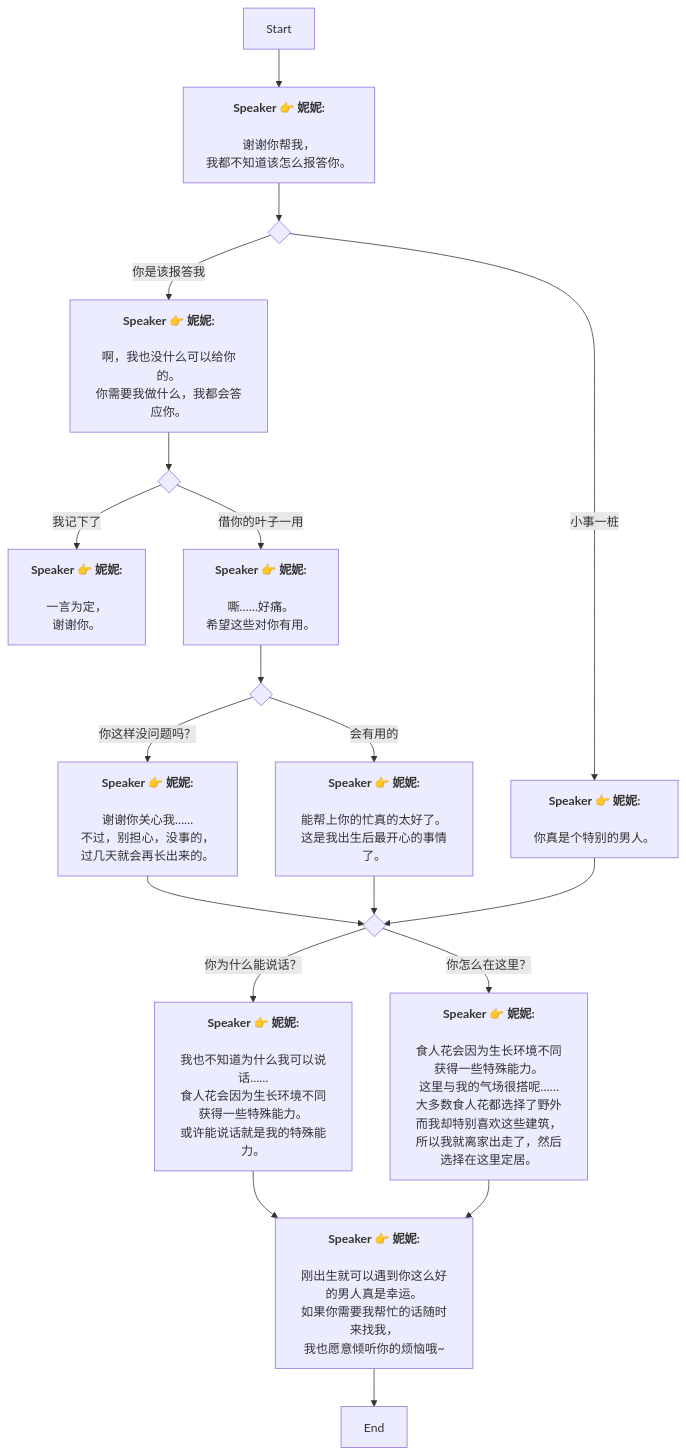
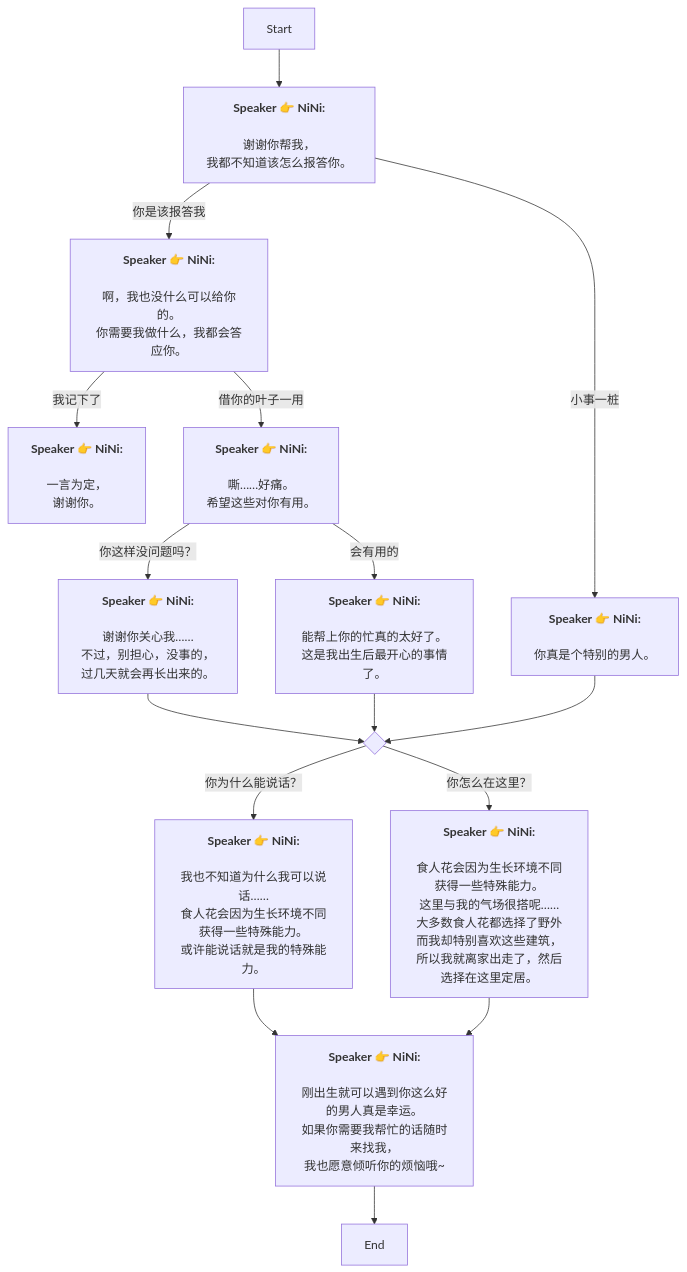
Before and after one commit to SoftHu/tos_avg: the diagram in Zh/AddDialogNode_1734737532776592.md, drawn with Mermaid. The commit also changed 737 other files, not shown here.

````diff
--- a/Zh/AddDialogNode_1734737532776592.md
+++ b/Zh/AddDialogNode_1734737532776592.md
@@ -1,61 +1,46 @@
 ```mermaid
 graph
-Start -->1734737947222163[<b>Speaker 👉 妮妮:</b>
-
-谢谢你帮我，
+Start -->1734737947222163[<b>Speaker 👉 NiNi:</b>
+\n谢谢你帮我，
 我都不知道该怎么报答你。]
-1734737947222163 -->1734738187479188{ }
-1734738187479188 -->|你是该报答我|1734738232433819[<b>Speaker 👉 妮妮:</b>
-
-啊，我也没什么可以给你的。
+1734737947222163 -->|你是该报答我|1734738232433819[<b>Speaker 👉 NiNi:</b>
+\n啊，我也没什么可以给你的。
 你需要我做什么，我都会答应你。]
-1734738187479188 -->|小事一桩|1734738230151322[<b>Speaker 👉 妮妮:</b>
-
-你真是个特别的男人。]
-1734738232433819 -->1734738454907036{ }
-1734738454907036 -->|我记下了|1734738819357858[<b>Speaker 👉 妮妮:</b>
-
-一言为定，
+1734737947222163 -->|小事一桩|1734738230151322[<b>Speaker 👉 NiNi:</b>
+\n你真是个特别的男人。]
+1734738232433819 -->|我记下了|1734738819357858[<b>Speaker 👉 NiNi:</b>
+\n一言为定，
 谢谢你。]
-1734738454907036 -->|借你的叶子一用|1734738888408228[<b>Speaker 👉 妮妮:</b>
-
-嘶……好痛。
+1734738232433819 -->|借你的叶子一用|1734738888408228[<b>Speaker 👉 NiNi:</b>
+\n嘶……好痛。
 希望这些对你有用。]
-1734738888408228 -->1734739016778917{ }
-1734739016778917 -->|你这样没问题吗？|1734739048734890[<b>Speaker 👉 妮妮:</b>
-
-谢谢你关心我……
+433684762183722 -->|你为什么能说话？|1734739259156659[<b>Speaker 👉 NiNi:</b>
+\n我也不知道为什么我可以说话……
+食人花会因为生长环境不同获得一些特殊能力。
+或许能说话就是我的特殊能力。]
+433684762183722 -->|你怎么在这里？|1734739265763508[<b>Speaker 👉 NiNi:</b>
+\n食人花会因为生长环境不同获得一些特殊能力。
+这里与我的气场很搭呢……\n大多数食人花都选择了野外
+而我却特别喜欢这些建筑，
+所以我就离家出走了，然后选择在这里定居。]
+1734738888408228 -->|你这样没问题吗？|1734739048734890[<b>Speaker 👉 NiNi:</b>
+\n谢谢你关心我……
 不过，别担心，没事的，
 过几天就会再长出来的。]
-1734739016778917 -->|会有用的|1734739142748331[<b>Speaker 👉 妮妮:</b>
-
-能帮上你的忙真的太好了。
+1734738888408228 -->|会有用的|1734739142748331[<b>Speaker 👉 NiNi:</b>
+\n能帮上你的忙真的太好了。
 这是我出生后最开心的事情了。]
-1734739048734890 -->1734739150555308{ }
-1734739150555308 -->|你为什么能说话？|1734739259156659[<b>Speaker 👉 妮妮:</b>
-
-我也不知道为什么我可以说话……
-食人花会因为生长环境不同获得一些特殊能力。
-或许能说话就是我的特殊能力。]
-1734739150555308 -->|你怎么在这里？|1734739265763508[<b>Speaker 👉 妮妮:</b>
-
-食人花会因为生长环境不同获得一些特殊能力。
-这里与我的气场很搭呢……
-大多数食人花都选择了野外
-而我却特别喜欢这些建筑，
-所以我就离家出走了，然后选择在这里定居。]
-1734739259156659 -->1734739954331835[<b>Speaker 👉 妮妮:</b>
-
-刚出生就可以遇到你这么好的男人真是幸运。
+1734739048734890 -->433684762183722{ }
+1734739259156659 -->1734739954331835[<b>Speaker 👉 NiNi:</b>
+\n刚出生就可以遇到你这么好的男人真是幸运。
 如果你需要我帮忙的话随时来找我，
 我也愿意倾听你的烦恼哦~]
 1734739954331835 -->1734740014229692[End]
-1734739265763508 -->1734739954331835[<b>Speaker 👉 妮妮:</b>
-
-刚出生就可以遇到你这么好的男人真是幸运。
+1734739265763508 -->1734739954331835[<b>Speaker 👉 NiNi:</b>
+\n刚出生就可以遇到你这么好的男人真是幸运。
 如果你需要我帮忙的话随时来找我，
 我也愿意倾听你的烦恼哦~]
-1734739142748331 -->1734739150555308{ }
-1734738230151322 -->1734739150555308{ }
+1734739142748331 -->433684762183722{ }
+1734738230151322 -->433684762183722{ }
 
- ```
+```
````
